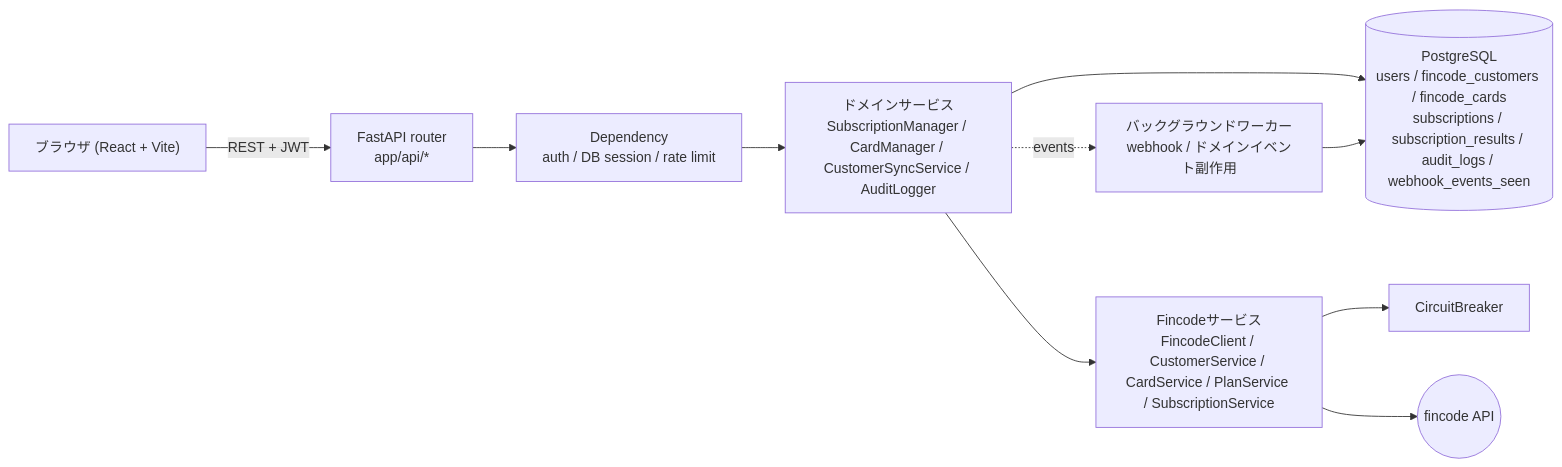
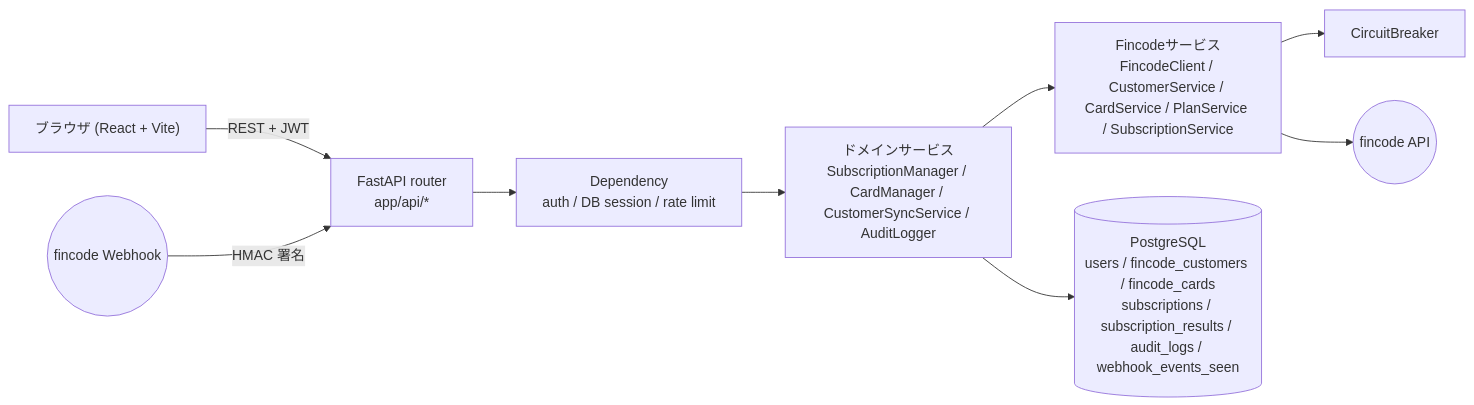
Before and after one commit to mathu-fn/fincode-subscription-starter: the first of 3 diagrams in docs/architecture/overview.md, drawn with Mermaid. The commit also changed other lines of this file and 4 other files, not shown here.

First line of the commit message:
docs: refresh architecture/testing/deployment notes and add configuration reference

````diff
--- a/docs/architecture/overview.md
+++ b/docs/architecture/overview.md
@@ -7,22 +7,21 @@
 ```mermaid
 flowchart LR
     Browser["ブラウザ (React + Vite)"]
     Api["FastAPI router<br/>app/api/*"]
     Deps["Dependency<br/>auth / DB session / rate limit"]
     Managers["ドメインサービス<br/>SubscriptionManager / CardManager / CustomerSyncService / AuditLogger"]
     Fincode["Fincodeサービス<br/>FincodeClient / CustomerService / CardService / PlanService / SubscriptionService"]
     Breaker["CircuitBreaker"]
     DB[("PostgreSQL<br/>users / fincode_customers / fincode_cards<br/>subscriptions / subscription_results / audit_logs / webhook_events_seen")]
     FincodeApi(("fincode API"))
-    Worker["バックグラウンドワーカー<br/>webhook / ドメインイベント副作用"]
+    WebhookIn(("fincode Webhook"))
 
     Browser -->|REST + JWT| Api
+    WebhookIn -->|HMAC 署名| Api
     Api --> Deps
     Deps --> Managers
     Managers --> DB
     Managers --> Fincode
     Fincode --> Breaker
     Fincode --> FincodeApi
-    Managers -. events .-> Worker
-    Worker --> DB
 ```
````
